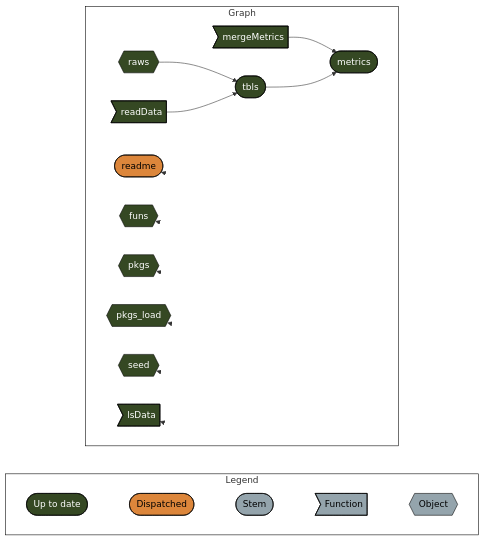
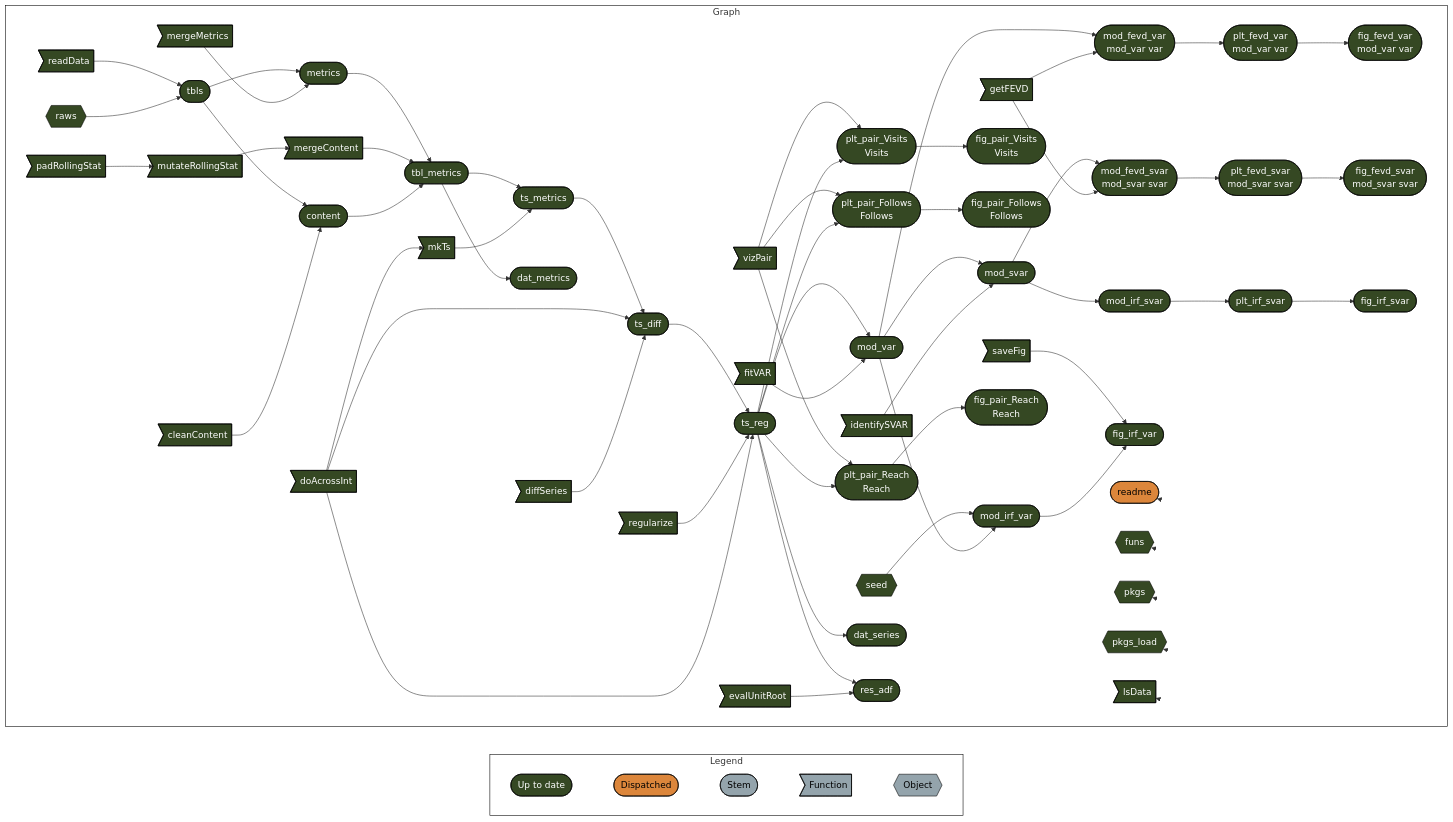
The diagram in README.md (attentive-id/instagram-analytics), drawn with Mermaid before and after one commit. The commit also changed 2 other files, not shown here.

Commit message:
Complete the VAR model requirement

````diff
--- a/README.md
+++ b/README.md
@@ -115,15 +115,62 @@
   end
   subgraph Graph
     direction LR
+    x95244cd38d58fbcc>"doAcrossInt"]:::uptodate --> xa3379aa2e7a70b78>"mkTs"]:::uptodate
+    x724eeab36ed1f083>"padRollingStat"]:::uptodate --> x31ab83458983f7b0>"mutateRollingStat"]:::uptodate
+    x31ab83458983f7b0>"mutateRollingStat"]:::uptodate --> xe93ec73e599e9f3a>"mergeContent"]:::uptodate
+    x97f0d81d4ffb5185(["mod_var"]):::uptodate --> x6f7b59d9d21e4832(["mod_irf_var"]):::uptodate
+    x4d3ec24f81457d7f{{"seed"}}:::uptodate --> x6f7b59d9d21e4832(["mod_irf_var"]):::uptodate
+    xd0b291773e1b802e>"identifySVAR"]:::uptodate --> xaf871c6c095ab6bc(["mod_svar"]):::uptodate
+    x97f0d81d4ffb5185(["mod_var"]):::uptodate --> xaf871c6c095ab6bc(["mod_svar"]):::uptodate
+    x40c6ebc03e2a4d18(["plt_pair_Visits<br>Visits"]):::uptodate --> xc00958553576e207(["fig_pair_Visits<br>Visits"]):::uptodate
+    x8c4db3d44bfd96ea(["ts_reg"]):::uptodate --> x213e59fc01691420(["plt_pair_Reach<br>Reach"]):::uptodate
+    x7e257c6f0f1d998e>"vizPair"]:::uptodate --> x213e59fc01691420(["plt_pair_Reach<br>Reach"]):::uptodate
+    x008512a539ff5dfc(["plt_fevd_var<br>mod_var var"]):::uptodate --> x8fbd8454e9d2cdd2(["fig_fevd_var<br>mod_var var"]):::uptodate
+    x7463155e3b339356(["plt_pair_Follows<br>Follows"]):::uptodate --> x508f5e45b18d96e5(["fig_pair_Follows<br>Follows"]):::uptodate
+    xf6472bd5309d8529>"mergeMetrics"]:::uptodate --> x544e14c8fac2c5b0(["metrics"]):::uptodate
+    xd5845efd825040d8(["tbls"]):::uptodate --> x544e14c8fac2c5b0(["metrics"]):::uptodate
+    xa3379aa2e7a70b78>"mkTs"]:::uptodate --> x857eb9596b9670e5(["ts_metrics"]):::uptodate
+    x0c73c8f7e50fb4f6(["tbl_metrics"]):::uptodate --> x857eb9596b9670e5(["ts_metrics"]):::uptodate
+    xc3cf8e64d6bc2338(["plt_fevd_svar<br>mod_svar svar"]):::uptodate --> xc298d12281b5aa84(["fig_fevd_svar<br>mod_svar svar"]):::uptodate
     x1f6d76ea8940cecf{{"raws"}}:::uptodate --> xd5845efd825040d8(["tbls"]):::uptodate
     x18b26034ab3a95e2>"readData"]:::uptodate --> xd5845efd825040d8(["tbls"]):::uptodate
-    xf6472bd5309d8529>"mergeMetrics"]:::uptodate --> x544e14c8fac2c5b0(["metrics"]):::uptodate
-    xd5845efd825040d8(["tbls"]):::uptodate --> x544e14c8fac2c5b0(["metrics"]):::uptodate
+    x95244cd38d58fbcc>"doAcrossInt"]:::uptodate --> x8c4db3d44bfd96ea(["ts_reg"]):::uptodate
+    x3c3eb5c9cb51afb7>"regularize"]:::uptodate --> x8c4db3d44bfd96ea(["ts_reg"]):::uptodate
+    xb6ac687628bbec9f(["ts_diff"]):::uptodate --> x8c4db3d44bfd96ea(["ts_reg"]):::uptodate
+    xd63b4bcad7171bbe(["mod_irf_svar"]):::uptodate --> xb5b41e8e0ef61222(["plt_irf_svar"]):::uptodate
+    x7a33e84e73f9652d>"getFEVD"]:::uptodate --> x1068365036019d2b(["mod_fevd_svar<br>mod_svar svar"]):::uptodate
+    xaf871c6c095ab6bc(["mod_svar"]):::uptodate --> x1068365036019d2b(["mod_fevd_svar<br>mod_svar svar"]):::uptodate
+    x1068365036019d2b(["mod_fevd_svar<br>mod_svar svar"]):::uptodate --> xc3cf8e64d6bc2338(["plt_fevd_svar<br>mod_svar svar"]):::uptodate
+    x8c4db3d44bfd96ea(["ts_reg"]):::uptodate --> x7463155e3b339356(["plt_pair_Follows<br>Follows"]):::uptodate
+    x7e257c6f0f1d998e>"vizPair"]:::uptodate --> x7463155e3b339356(["plt_pair_Follows<br>Follows"]):::uptodate
+    x8c4db3d44bfd96ea(["ts_reg"]):::uptodate --> x29df927b24746e7f(["dat_series"]):::uptodate
+    xb5b41e8e0ef61222(["plt_irf_svar"]):::uptodate --> x033ab300685987e4(["fig_irf_svar"]):::uptodate
+    x4bd3181fc8b3776f>"cleanContent"]:::uptodate --> xdb9aad8c6606dba7(["content"]):::uptodate
+    xd5845efd825040d8(["tbls"]):::uptodate --> xdb9aad8c6606dba7(["content"]):::uptodate
+    x25e6368b6c321d5d>"fitVAR"]:::uptodate --> x97f0d81d4ffb5185(["mod_var"]):::uptodate
+    x8c4db3d44bfd96ea(["ts_reg"]):::uptodate --> x97f0d81d4ffb5185(["mod_var"]):::uptodate
+    x7a33e84e73f9652d>"getFEVD"]:::uptodate --> x70fe34ce349392c4(["mod_fevd_var<br>mod_var var"]):::uptodate
+    x97f0d81d4ffb5185(["mod_var"]):::uptodate --> x70fe34ce349392c4(["mod_fevd_var<br>mod_var var"]):::uptodate
+    xdb9aad8c6606dba7(["content"]):::uptodate --> x0c73c8f7e50fb4f6(["tbl_metrics"]):::uptodate
+    xe93ec73e599e9f3a>"mergeContent"]:::uptodate --> x0c73c8f7e50fb4f6(["tbl_metrics"]):::uptodate
+    x544e14c8fac2c5b0(["metrics"]):::uptodate --> x0c73c8f7e50fb4f6(["tbl_metrics"]):::uptodate
+    x6f7b59d9d21e4832(["mod_irf_var"]):::uptodate --> xad62adf3b89773bd(["fig_irf_var"]):::uptodate
+    xe519ca1abae00296>"saveFig"]:::uptodate --> xad62adf3b89773bd(["fig_irf_var"]):::uptodate
+    x63b2eeaa35defdcd>"evalUnitRoot"]:::uptodate --> xd2ec401c4ce33bb6(["res_adf"]):::uptodate
+    x8c4db3d44bfd96ea(["ts_reg"]):::uptodate --> xd2ec401c4ce33bb6(["res_adf"]):::uptodate
+    x0c73c8f7e50fb4f6(["tbl_metrics"]):::uptodate --> x556b00330c5941b4(["dat_metrics"]):::uptodate
+    xaf871c6c095ab6bc(["mod_svar"]):::uptodate --> xd63b4bcad7171bbe(["mod_irf_svar"]):::uptodate
+    xb41da213b729c2ba>"diffSeries"]:::uptodate --> xb6ac687628bbec9f(["ts_diff"]):::uptodate
+    x95244cd38d58fbcc>"doAcrossInt"]:::uptodate --> xb6ac687628bbec9f(["ts_diff"]):::uptodate
+    x857eb9596b9670e5(["ts_metrics"]):::uptodate --> xb6ac687628bbec9f(["ts_diff"]):::uptodate
+    x8c4db3d44bfd96ea(["ts_reg"]):::uptodate --> x40c6ebc03e2a4d18(["plt_pair_Visits<br>Visits"]):::uptodate
+    x7e257c6f0f1d998e>"vizPair"]:::uptodate --> x40c6ebc03e2a4d18(["plt_pair_Visits<br>Visits"]):::uptodate
+    x70fe34ce349392c4(["mod_fevd_var<br>mod_var var"]):::uptodate --> x008512a539ff5dfc(["plt_fevd_var<br>mod_var var"]):::uptodate
+    x213e59fc01691420(["plt_pair_Reach<br>Reach"]):::uptodate --> xeec8dfdc96875de7(["fig_pair_Reach<br>Reach"]):::uptodate
     xc11069275cfeb620(["readme"]):::dispatched --> xc11069275cfeb620(["readme"]):::dispatched
     x07bf962581a33ad1{{"funs"}}:::uptodate --> x07bf962581a33ad1{{"funs"}}:::uptodate
     x2f12837377761a1b{{"pkgs"}}:::uptodate --> x2f12837377761a1b{{"pkgs"}}:::uptodate
     x026e3308cd8be8b9{{"pkgs_load"}}:::uptodate --> x026e3308cd8be8b9{{"pkgs_load"}}:::uptodate
-    x4d3ec24f81457d7f{{"seed"}}:::uptodate --> x4d3ec24f81457d7f{{"seed"}}:::uptodate
     x3eac3c5af5491b67>"lsData"]:::uptodate --> x3eac3c5af5491b67>"lsData"]:::uptodate
   end
   classDef uptodate stroke:#000000,color:#ffffff,fill:#354823;
@@ -133,10 +180,9 @@
   linkStyle 1 stroke-width:0px;
   linkStyle 2 stroke-width:0px;
   linkStyle 3 stroke-width:0px;
-  linkStyle 8 stroke-width:0px;
-  linkStyle 9 stroke-width:0px;
-  linkStyle 10 stroke-width:0px;
-  linkStyle 11 stroke-width:0px;
-  linkStyle 12 stroke-width:0px;
-  linkStyle 13 stroke-width:0px;
+  linkStyle 56 stroke-width:0px;
+  linkStyle 57 stroke-width:0px;
+  linkStyle 58 stroke-width:0px;
+  linkStyle 59 stroke-width:0px;
+  linkStyle 60 stroke-width:0px;
 ```
````
